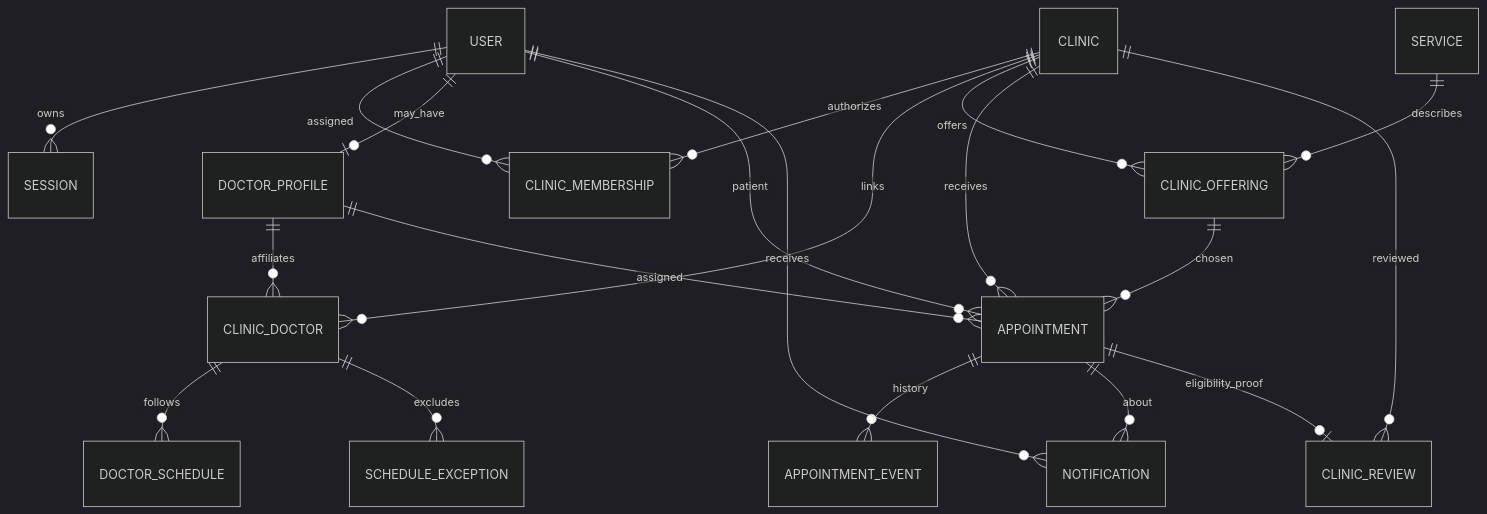
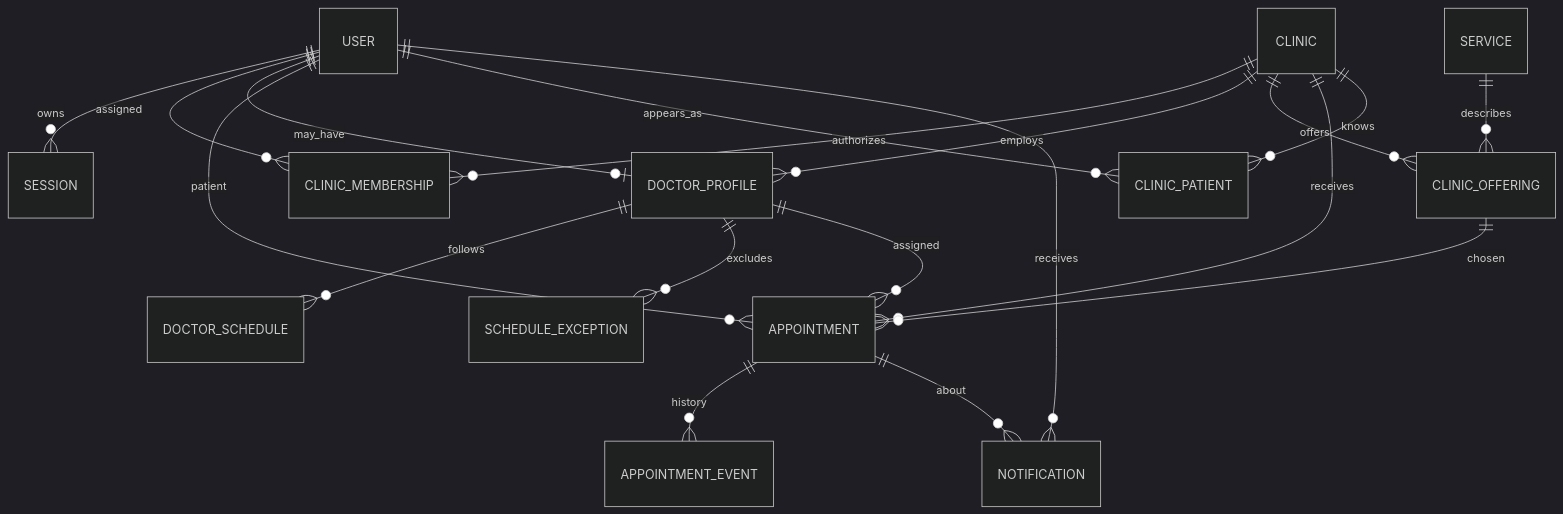
One commit to neetrino/hippocrates.am changed the diagram in docs/05-DATABASE.md. Above: the diagram before and after it, drawn with Mermaid (dark theme). The commit also changed other lines of this file and 13 other files, not shown here.

````diff
--- a/docs/05-DATABASE.md
+++ b/docs/05-DATABASE.md
@@ -31,22 +30,21 @@
 ```mermaid
 erDiagram
     USER ||--o{ SESSION : owns
     USER ||--o{ CLINIC_MEMBERSHIP : assigned
     CLINIC ||--o{ CLINIC_MEMBERSHIP : authorizes
     USER ||--o| DOCTOR_PROFILE : may_have
-    CLINIC ||--o{ CLINIC_DOCTOR : links
-    DOCTOR_PROFILE ||--o{ CLINIC_DOCTOR : affiliates
+    CLINIC ||--o{ DOCTOR_PROFILE : employs
     CLINIC ||--o{ CLINIC_OFFERING : offers
     SERVICE ||--o{ CLINIC_OFFERING : describes
-    CLINIC_DOCTOR ||--o{ DOCTOR_SCHEDULE : follows
-    CLINIC_DOCTOR ||--o{ SCHEDULE_EXCEPTION : excludes
+    DOCTOR_PROFILE ||--o{ DOCTOR_SCHEDULE : follows
+    DOCTOR_PROFILE ||--o{ SCHEDULE_EXCEPTION : excludes
     CLINIC ||--o{ APPOINTMENT : receives
     DOCTOR_PROFILE ||--o{ APPOINTMENT : assigned
     USER ||--o{ APPOINTMENT : patient
+    CLINIC ||--o{ CLINIC_PATIENT : knows
+    USER ||--o{ CLINIC_PATIENT : appears_as
     CLINIC_OFFERING ||--o{ APPOINTMENT : chosen
     APPOINTMENT ||--o{ APPOINTMENT_EVENT : history
     APPOINTMENT ||--o{ NOTIFICATION : about
     USER ||--o{ NOTIFICATION : receives
-    APPOINTMENT ||--o| CLINIC_REVIEW : eligibility_proof
-    CLINIC ||--o{ CLINIC_REVIEW : reviewed
 ```
````
